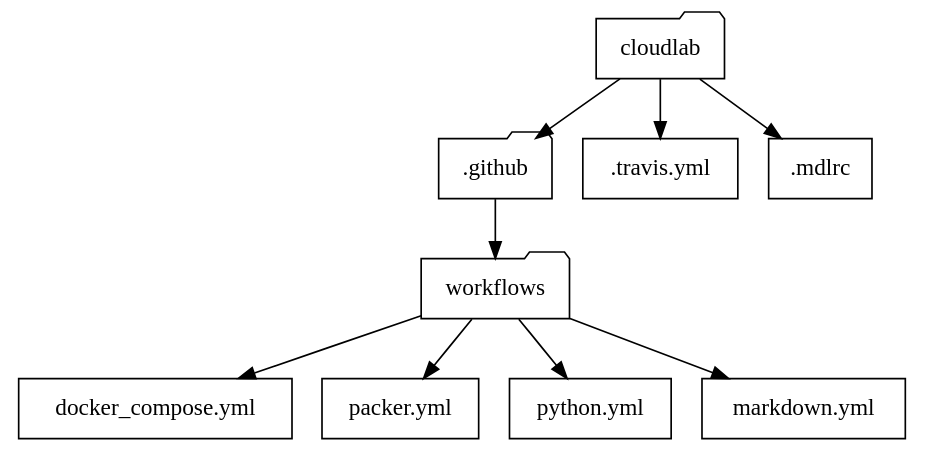
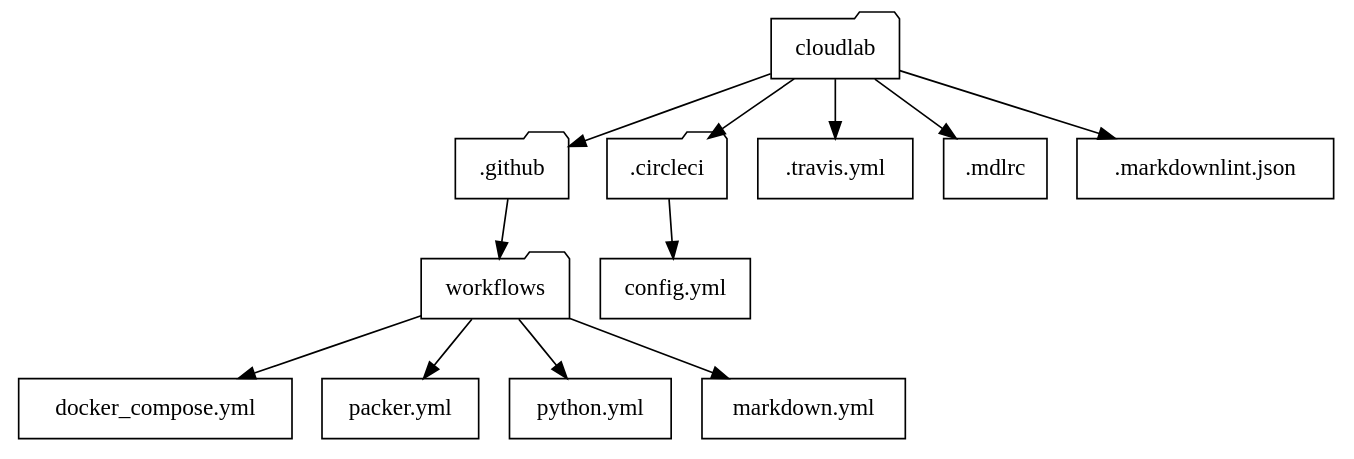
Before and after one commit to ajcborges/devsecops-tactical-workbook: the diagram in docs/_source/about-ci-cd.rst, drawn with Graphviz. The commit also changed other lines of this file and 11 other files, not shown here.

```diff
--- a/docs/_source/about-ci-cd.rst
+++ b/docs/_source/about-ci-cd.rst
@@ -262,23 +409,29 @@
 .. graphviz::
    :caption: GitHub Actions
    :align: center
 
    digraph folders {
       "cloudlab" [shape=folder];
       ".github" [shape=folder];
       "workflows" [shape=folder];
+      ".circleci" [shape=folder];
+      "config.yml" [shape=rectangle;]
       "docker_compose.yml" [shape=rectangle];
       "packer.yml" [shape=rectangle];
       "python.yml" [shape=rectangle];
       "markdown.yml" [shape=rectangle];
       ".travis.yml" [shape=rectangle];
       ".mdlrc" [shape=rectangle];
+      ".markdownlint.json" [shape=rectangle];
       "cloudlab" -> ".github";
       "cloudlab" -> ".mdlrc";
       "cloudlab" -> ".travis.yml";
+      "cloudlab" -> ".markdownlint.json";
+      "cloudlab" -> ".circleci";
+      ".circleci" -> "config.yml";
       ".github" -> "workflows";
       "workflows" -> "docker_compose.yml";
       "workflows" -> "markdown.yml";
       "workflows" -> "packer.yml";
       "workflows" -> "python.yml";
    }
```
